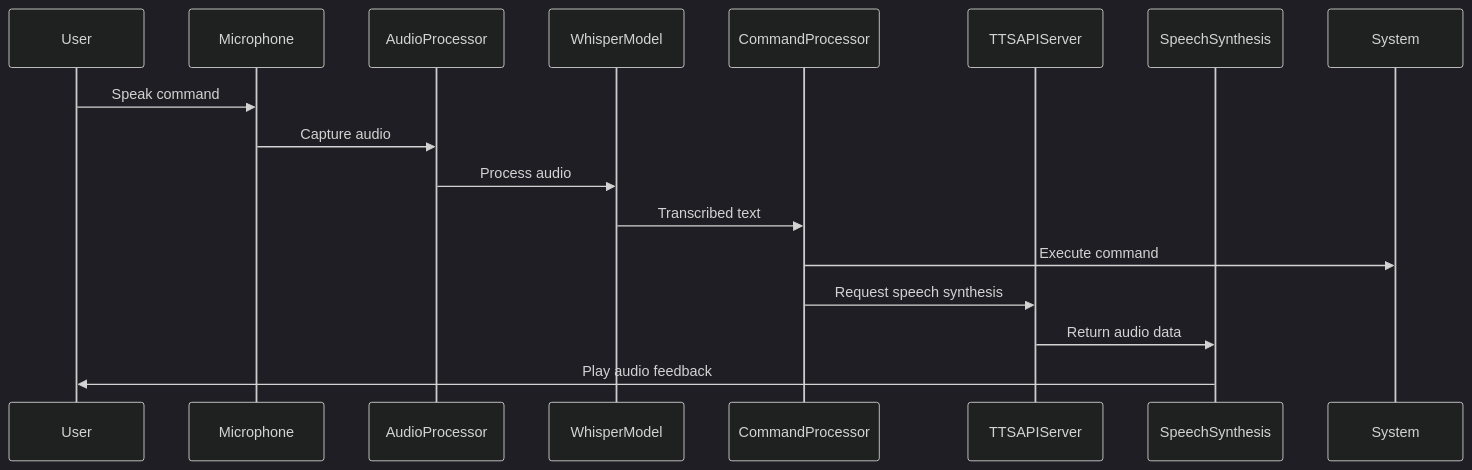
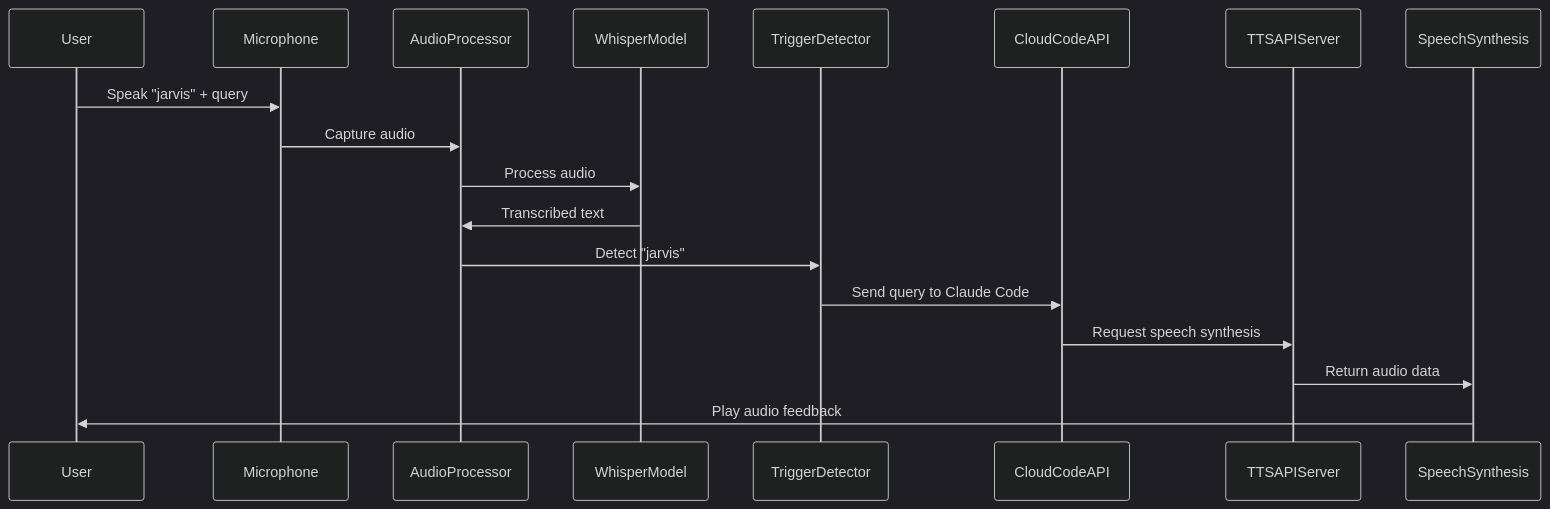
Before and after one commit to 0xrin1/whisper-yabai-mac-os-x: the first of 5 diagrams in docs/ARCHITECTURE.md, drawn with Mermaid (dark theme). The commit also changed other lines of this file and 5 other files, not shown here.

First line of the commit message:
Refactor: Remove legacy CommandProcessor for simplified architecture

````diff
--- a/docs/ARCHITECTURE.md
+++ b/docs/ARCHITECTURE.md
@@ -98,20 +107,21 @@
 ```mermaid
 sequenceDiagram
     participant User
     participant Microphone
     participant AudioProcessor
     participant WhisperModel
-    participant CommandProcessor
+    participant TriggerDetector
+    participant CloudCodeAPI
     participant TTSAPIServer
     participant SpeechSynthesis
-    participant System
 
-    User->>Microphone: Speak command
+    User->>Microphone: Speak "jarvis" + query
     Microphone->>AudioProcessor: Capture audio
     AudioProcessor->>WhisperModel: Process audio
-    WhisperModel->>CommandProcessor: Transcribed text
-    CommandProcessor->>System: Execute command
-    CommandProcessor->>TTSAPIServer: Request speech synthesis
+    WhisperModel->>AudioProcessor: Transcribed text
+    AudioProcessor->>TriggerDetector: Detect "jarvis"
+    TriggerDetector->>CloudCodeAPI: Send query to Claude Code
+    CloudCodeAPI->>TTSAPIServer: Request speech synthesis
     TTSAPIServer->>SpeechSynthesis: Return audio data
     SpeechSynthesis->>User: Play audio feedback
 ```
````
